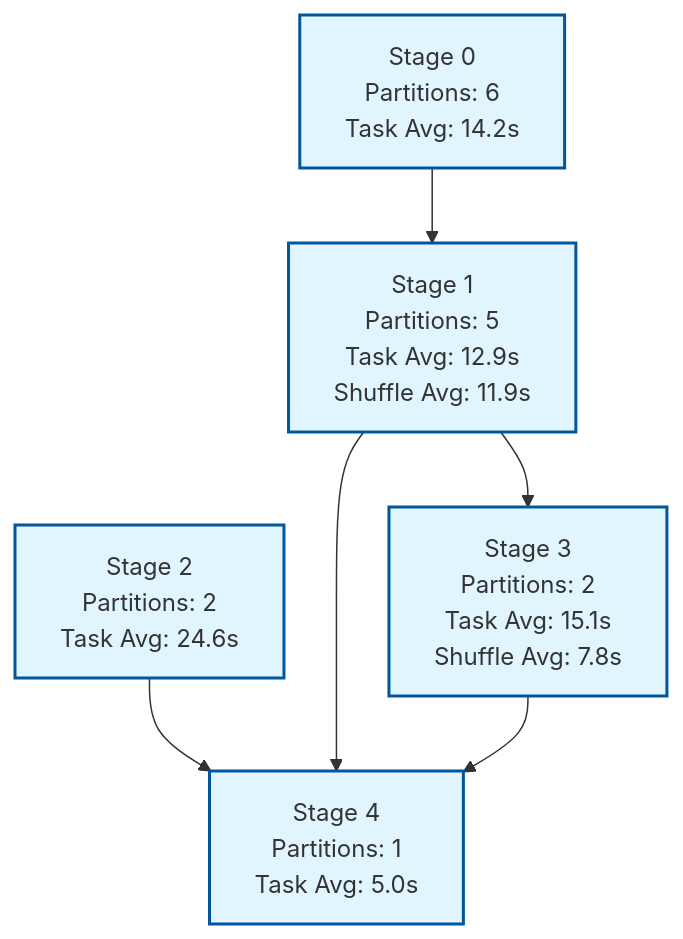
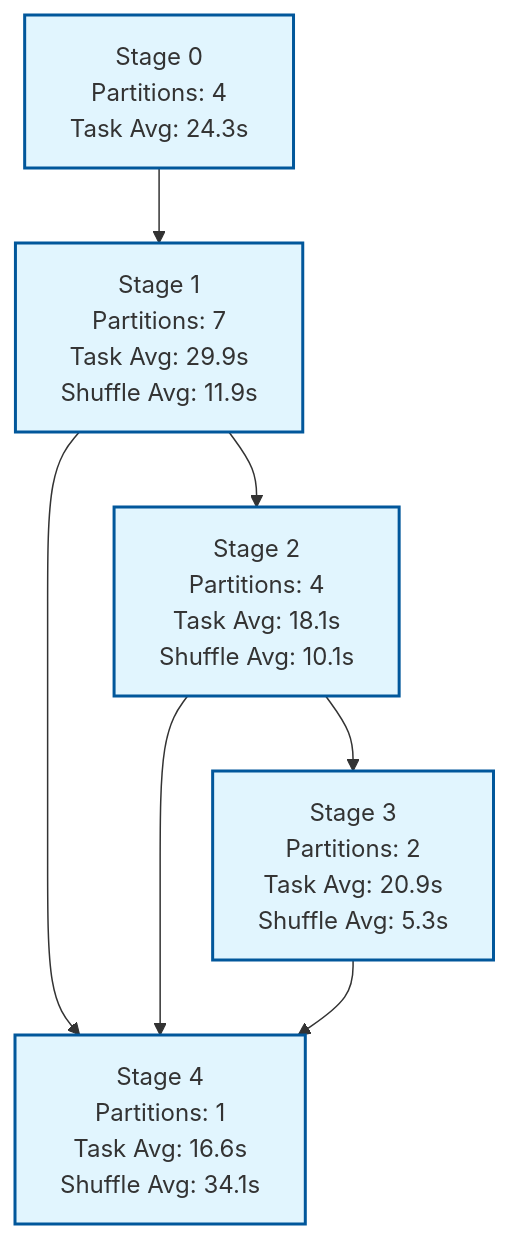
One commit to fhalde/fauxspark changed the diagram in examples/generated/run5/README.md. Above: the diagram before and after it, drawn with Mermaid. The commit also changed other lines of this file and 9 other files, not shown here.

````diff
--- a/examples/generated/run5/README.md
+++ b/examples/generated/run5/README.md
@@ -9,11 +9,12 @@
 ```mermaid
 graph TD
-    Stage0["Stage 0<br/>Partitions: 6<br/>Task Avg: 14.2s"] --> Stage1["Stage 1<br/>Partitions: 5<br/>Task Avg: 12.9s<br/>Shuffle Avg: 11.9s"]
-    Stage2["Stage 2<br/>Partitions: 2<br/>Task Avg: 24.6s"] --> Stage4["Stage 4<br/>Partitions: 1<br/>Task Avg: 5.0s"]
-    Stage1 --> Stage3["Stage 3<br/>Partitions: 2<br/>Task Avg: 15.1s<br/>Shuffle Avg: 7.8s"]
-    Stage1 --> Stage4
+    Stage0["Stage 0<br/>Partitions: 4<br/>Task Avg: 24.3s"] --> Stage1["Stage 1<br/>Partitions: 7<br/>Task Avg: 29.9s<br/>Shuffle Avg: 11.9s"]
+    Stage1 --> Stage2["Stage 2<br/>Partitions: 4<br/>Task Avg: 18.1s<br/>Shuffle Avg: 10.1s"]
+    Stage2 --> Stage3["Stage 3<br/>Partitions: 2<br/>Task Avg: 20.9s<br/>Shuffle Avg: 5.3s"]
+    Stage1 --> Stage4["Stage 4<br/>Partitions: 1<br/>Task Avg: 16.6s<br/>Shuffle Avg: 34.1s"]
+    Stage2 --> Stage4
     Stage3 --> Stage4
 
     classDef stageBox fill:#e1f5fe,stroke:#01579b,stroke-width:2px
     class Stage0,Stage1,Stage2,Stage3,Stage4 stageBox
 ```
````
